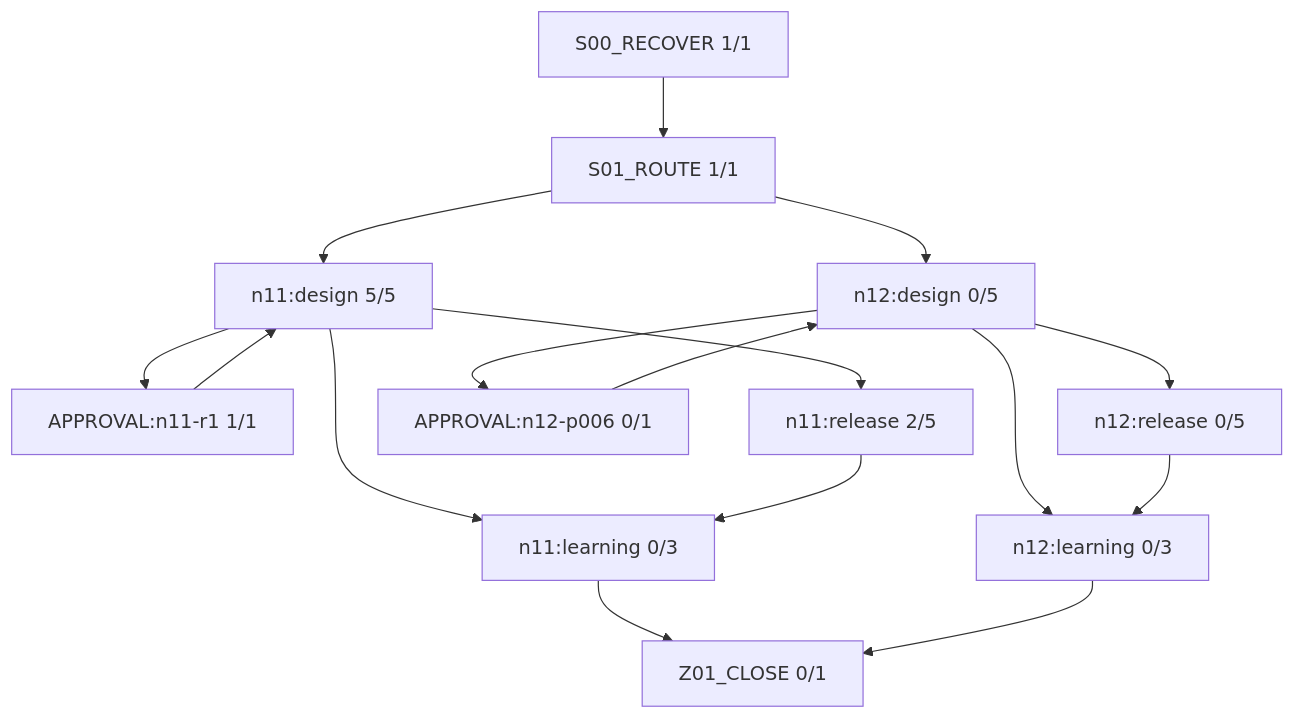
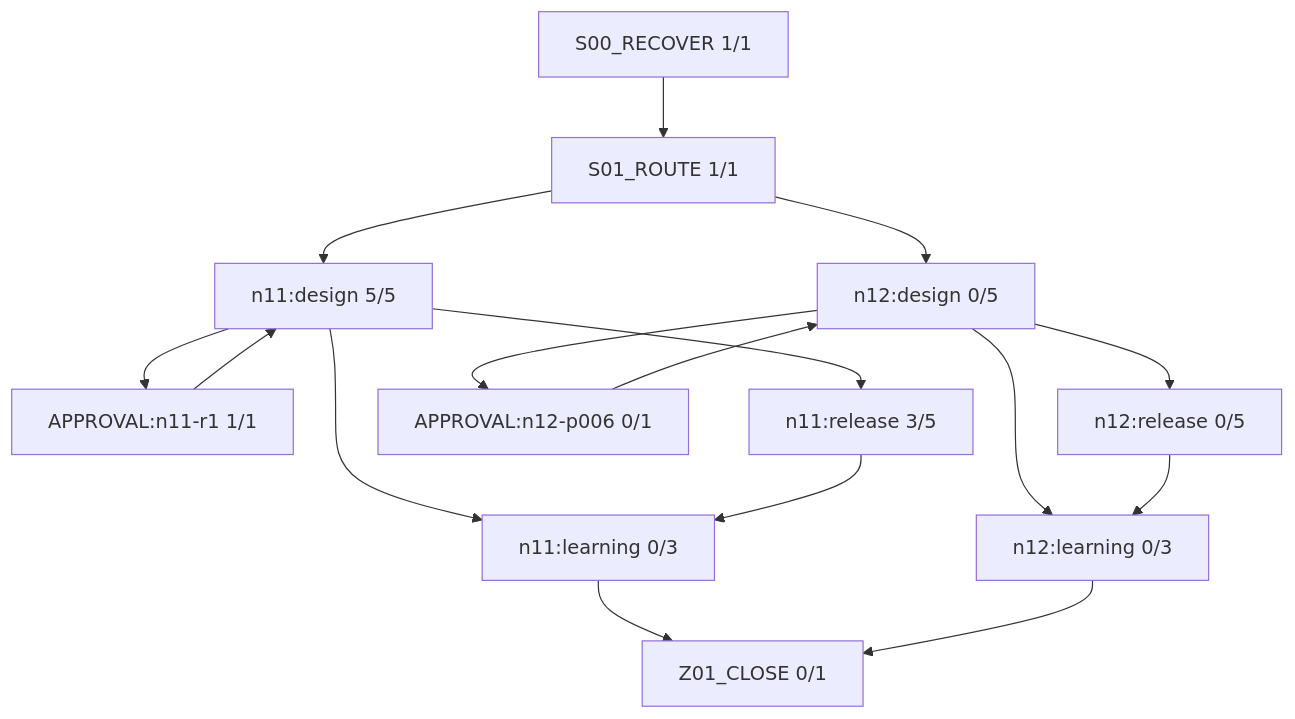
One commit to rrikunagasige-dot/kyotsu-step-web changed the diagram in work/items/W-MATH-047-n1112-guided-review/generated/FIRE_DIAGRAM.md. Above: the diagram before and after it, drawn with Mermaid. The commit also changed other lines of this file and 57 other files, not shown here.

````diff
--- a/work/items/W-MATH-047-n1112-guided-review/generated/FIRE_DIAGRAM.md
+++ b/work/items/W-MATH-047-n1112-guided-review/generated/FIRE_DIAGRAM.md
@@ -5,29 +5,29 @@
 ```mermaid
 flowchart TD
   N0["S00_RECOVER 1/1"]
   N1["S01_ROUTE 1/1"]
   N2["n11:design 5/5"]
   N3["APPROVAL:n11-r1 1/1"]
-  N4["n11:release 2/5"]
+  N4["n11:release 3/5"]
   N5["n12:design 0/5"]
   N6["APPROVAL:n12-p006 0/1"]
   N7["n12:release 0/5"]
   N8["n11:learning 0/3"]
   N9["n12:learning 0/3"]
   N10["Z01_CLOSE 0/1"]
   N3 --> N2
   N6 --> N5
   N0 --> N1
   N1 --> N2
   N1 --> N5
   N2 --> N3
   N2 --> N8
   N2 --> N4
   N8 --> N10
   N4 --> N8
   N5 --> N6
   N5 --> N9
   N5 --> N7
   N9 --> N10
   N7 --> N9
 ```
````
